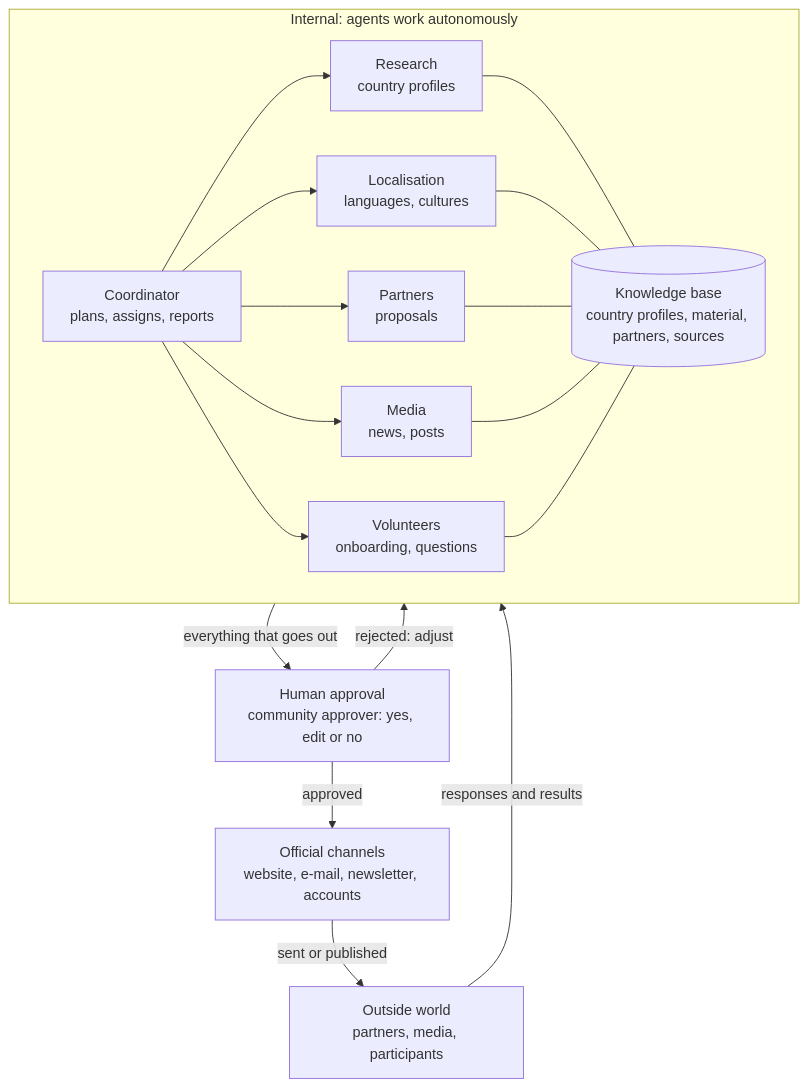
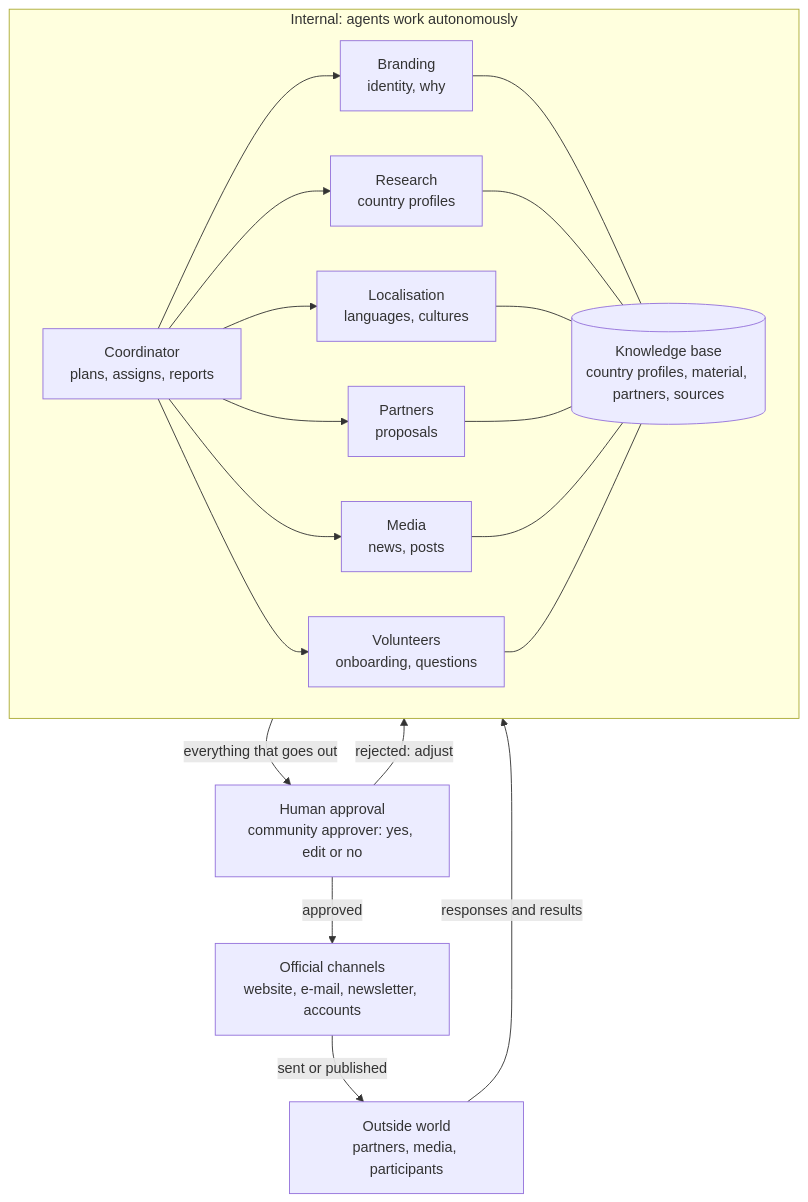
The diagram in docs/ARCHITECTURE.md (sven-antonissen/pass-the-baton), drawn with Mermaid before and after one commit. The commit also changed other lines of this file and 7 other files, not shown here.

````diff
--- a/docs/ARCHITECTURE.md
+++ b/docs/ARCHITECTURE.md
@@ -7,17 +7,18 @@
 ```mermaid
 flowchart TD
     subgraph internal["Internal: agents work autonomously"]
         C["Coordinator<br/>plans, assigns, reports"]
+        C --> B["Branding<br/>identity, why"]
         C --> R["Research<br/>country profiles"]
         C --> L["Localisation<br/>languages, cultures"]
         C --> P["Partners<br/>proposals"]
         C --> M["Media<br/>news, posts"]
         C --> V["Volunteers<br/>onboarding, questions"]
-        R & L & P & M & V --- K[("Knowledge base<br/>country profiles, material, partners, sources")]
+        B & R & L & P & M & V --- K[("Knowledge base<br/>country profiles, material, partners, sources")]
     end
     internal -->|"everything that goes out"| A["Human approval<br/>community approver: yes, edit or no"]
     A -->|"rejected: adjust"| internal
     A -->|"approved"| O["Official channels<br/>website, e-mail, newsletter, accounts"]
     O -->|"sent or published"| W["Outside world<br/>partners, media, participants"]
     W -->|"responses and results"| internal
 ```
````
